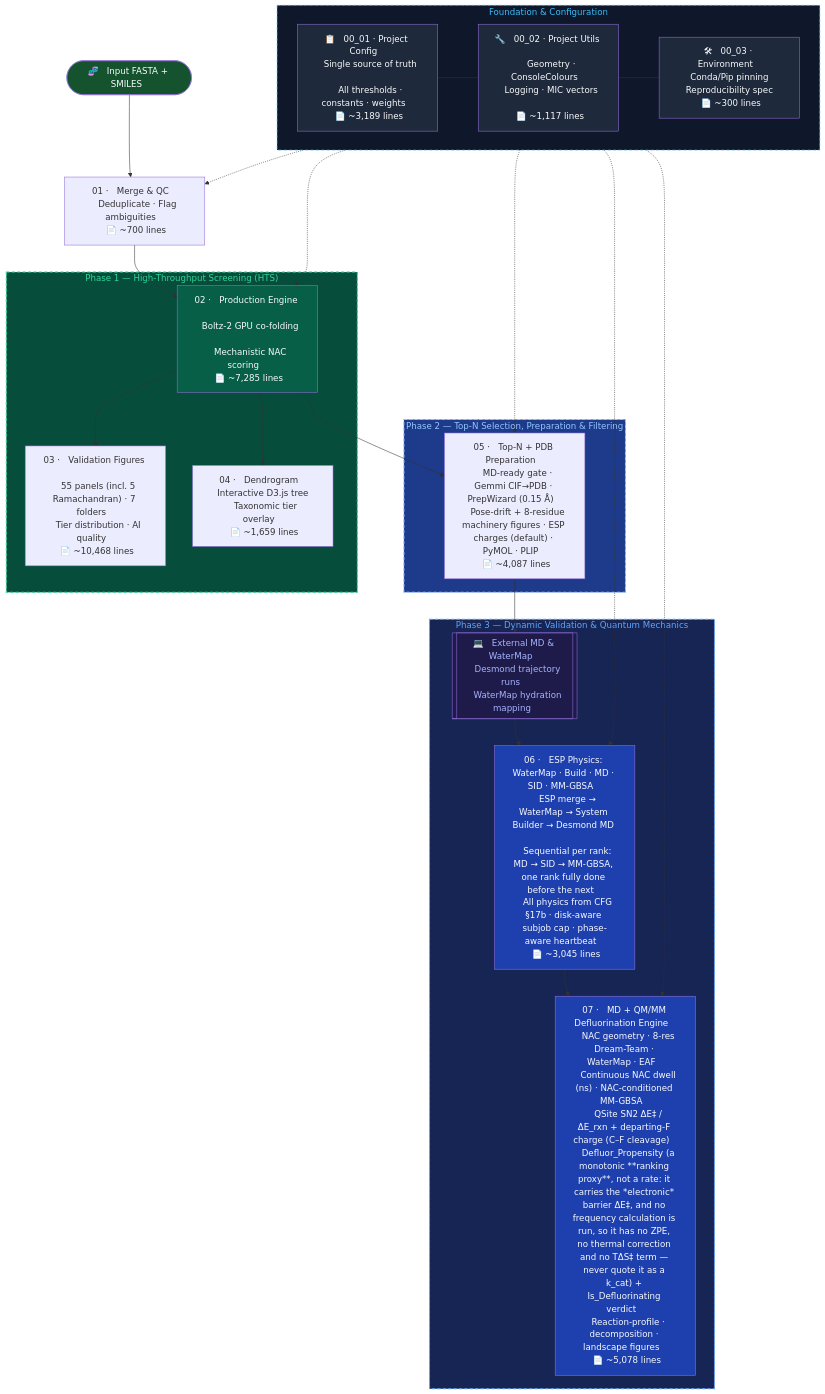
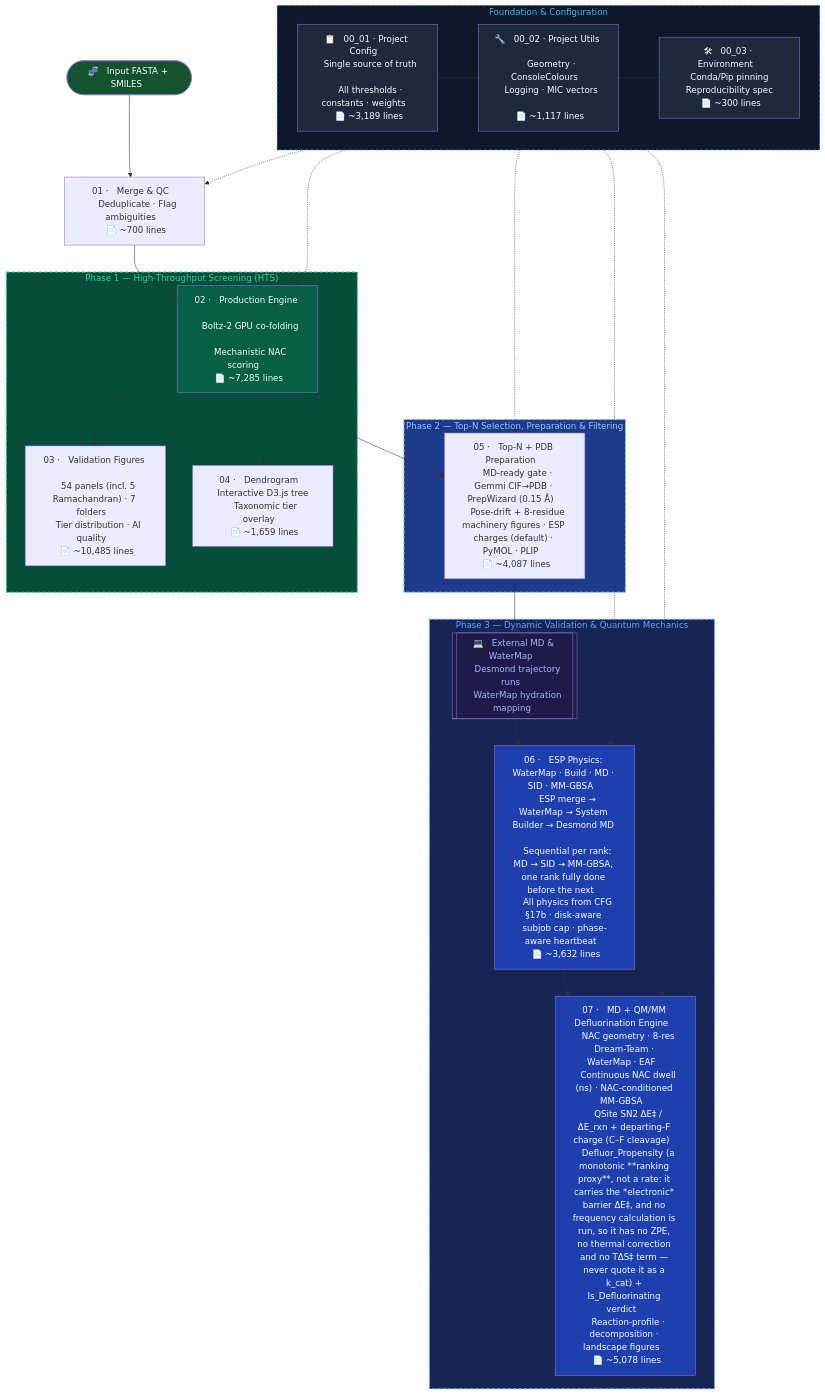
The diagram in README.md (KU-MGB/DeFluorX), drawn with Mermaid before and after one commit. The commit also changed other lines of this file and 12 other files, not shown here.

First line of the commit message:
03/04/06: figure de-duplication + physics QC + pipeline reliability

````diff
--- a/README.md
+++ b/README.md
@@ -190,56 +190,56 @@
 ```mermaid
 flowchart TD
     subgraph FOUNDATION["  Foundation & Configuration  "]
         CFG["📋 &nbsp; 00_01 · Project Config &nbsp; \n &nbsp; Single source of truth &nbsp; \n &nbsp; All thresholds · constants · weights &nbsp; \n &nbsp; 📄 ~3,189 lines &nbsp; "]
         UTL["🔧 &nbsp; 00_02 · Project Utils &nbsp; \n &nbsp; Geometry · ConsoleColours &nbsp; \n &nbsp; Logging · MIC vectors &nbsp; \n &nbsp; 📄 ~1,117 lines &nbsp; "]
         ENV["🛠 &nbsp; 00_03 · Environment &nbsp; \n &nbsp; Conda/Pip pinning &nbsp; \n &nbsp; Reproducibility spec &nbsp; \n &nbsp; 📄 ~300 lines &nbsp; "]
         CFG --- UTL --- ENV
     end
 
     START(["🧬 &nbsp; Input FASTA + SMILES &nbsp;"]) --> M1
     M1["01 · &nbsp; Merge & QC &nbsp; \n &nbsp; Deduplicate · Flag ambiguities &nbsp; \n &nbsp; 📄 ~700 lines &nbsp; "] --> M2
 
     subgraph PHASE1["  Phase 1 — High-Throughput Screening (HTS)  "]
         M2["02 · &nbsp; Production Engine &nbsp; \n &nbsp; Boltz-2 GPU co-folding &nbsp; \n &nbsp; Mechanistic NAC scoring &nbsp; \n &nbsp; 📄 ~7,285 lines &nbsp; "]
-        M3["03 · &nbsp; Validation Figures &nbsp; \n &nbsp; 55 panels (incl. 5 Ramachandran) · 7 folders &nbsp; \n &nbsp; Tier distribution · AI quality &nbsp; \n &nbsp; 📄 ~10,468 lines &nbsp; "]
+        M3["03 · &nbsp; Validation Figures &nbsp; \n &nbsp; 54 panels (incl. 5 Ramachandran) · 7 folders &nbsp; \n &nbsp; Tier distribution · AI quality &nbsp; \n &nbsp; 📄 ~10,485 lines &nbsp; "]
         M4["04 · &nbsp; Dendrogram &nbsp; \n &nbsp; Interactive D3.js tree &nbsp; \n &nbsp; Taxonomic tier overlay &nbsp; \n &nbsp; 📄 ~1,659 lines &nbsp; "]
         M2 --> M3
         M2 --> M4
     end
 
     M2 --> M5
 
     subgraph PHASE2["  Phase 2 — Top-N Selection, Preparation & Filtering  "]
         M5["05 · &nbsp; Top-N + PDB Preparation &nbsp; \n &nbsp; MD-ready gate · Gemmi CIF→PDB · PrepWizard (0.15 Å) &nbsp; \n &nbsp; Pose-drift + 8-residue machinery figures · ESP charges (default) · PyMOL · PLIP &nbsp; \n &nbsp; 📄 ~4,087 lines &nbsp; "]
     end
 
     M5 --> EXT_MD
 
     subgraph PHASE3["  Phase 3 — Dynamic Validation & Quantum Mechanics  "]
         EXT_MD[["💻 &nbsp; External MD & WaterMap &nbsp; \n &nbsp; Desmond trajectory runs &nbsp; \n &nbsp; WaterMap hydration mapping &nbsp;"]]
-        M6["06 · &nbsp; ESP Physics: WaterMap · Build · MD · SID · MM-GBSA &nbsp; \n &nbsp; ESP merge → WaterMap → System Builder → Desmond MD &nbsp; \n &nbsp; Sequential per rank: MD → SID → MM-GBSA, one rank fully done before the next &nbsp; \n &nbsp; All physics from CFG §17b · disk-aware subjob cap · phase-aware heartbeat &nbsp; \n &nbsp; 📄 ~3,045 lines &nbsp; "]
+        M6["06 · &nbsp; ESP Physics: WaterMap · Build · MD · SID · MM-GBSA &nbsp; \n &nbsp; ESP merge → WaterMap → System Builder → Desmond MD &nbsp; \n &nbsp; Sequential per rank: MD → SID → MM-GBSA, one rank fully done before the next &nbsp; \n &nbsp; All physics from CFG §17b · disk-aware subjob cap · phase-aware heartbeat &nbsp; \n &nbsp; 📄 ~3,632 lines &nbsp; "]
         M7["07 · &nbsp; MD + QM/MM Defluorination Engine &nbsp; \n &nbsp; NAC geometry · 8-res Dream-Team · WaterMap · EAF &nbsp; \n &nbsp; Continuous NAC dwell (ns) · NAC-conditioned MM-GBSA &nbsp; \n &nbsp; QSite SN2 ΔE‡ / ΔE_rxn + departing-F charge (C–F cleavage) &nbsp; \n &nbsp; Defluor_Propensity (a monotonic **ranking proxy**, not a rate: it carries the *electronic* barrier ΔE‡, and no frequency calculation is run, so it has no ZPE, no thermal correction and no TΔS‡ term — never quote it as a k_cat) + Is_Defluorinating verdict &nbsp; \n &nbsp; Reaction-profile · decomposition · landscape figures &nbsp; \n &nbsp; 📄 ~5,078 lines &nbsp; "]
         EXT_MD --> M6 --> M7
     end
 
     %% Dependencies
     FOUNDATION -.-> M1
     FOUNDATION -.-> M2
     FOUNDATION -.-> M5
     FOUNDATION -.-> M6
     FOUNDATION -.-> M7
 
     style FOUNDATION fill:#0f172a,color:#38bdf8,stroke:#38bdf8
     style CFG fill:#1e293b,color:#f8fafc
     style UTL fill:#1e293b,color:#f8fafc
     style ENV fill:#1e293b,color:#f8fafc
     style PHASE1 fill:#064e3b,color:#34d399,stroke:#34d399,stroke-width:2px,stroke-dasharray: 6 4
     style PHASE2 fill:#1e3a8a,color:#93c5fd,stroke:#93c5fd,stroke-width:2px,stroke-dasharray: 6 4
     style PHASE3 fill:#172554,color:#60a5fa,stroke:#60a5fa,stroke-width:2px,stroke-dasharray: 6 4
     style FOUNDATION stroke-dasharray: 6 4
     style M2 fill:#065f46,color:#f8fafc
     style M6 fill:#1e40af,color:#f8fafc
     style M7 fill:#1e40af,color:#f8fafc
     style START fill:#14532d,color:#f8fafc
     style EXT_MD fill:#1e1b4b,color:#a5b4fc
 ```
````
